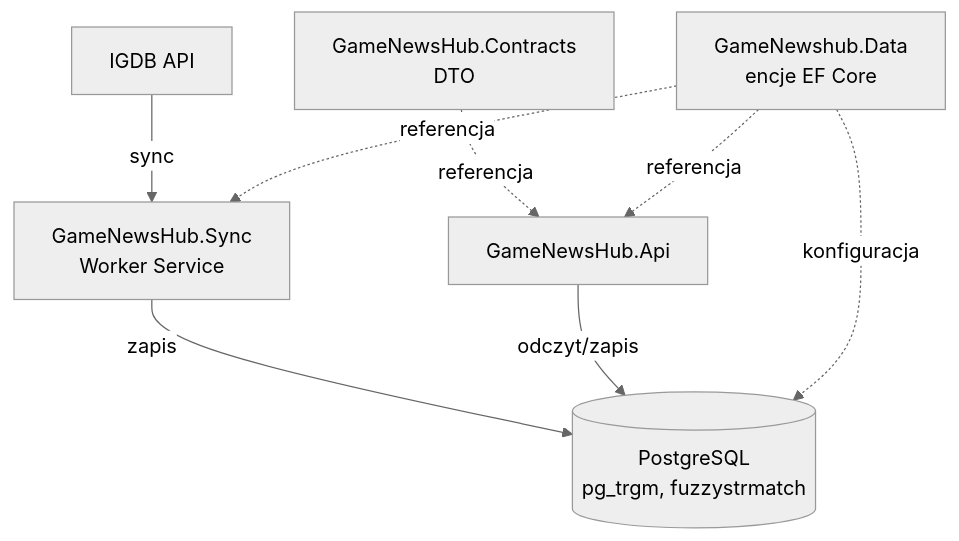
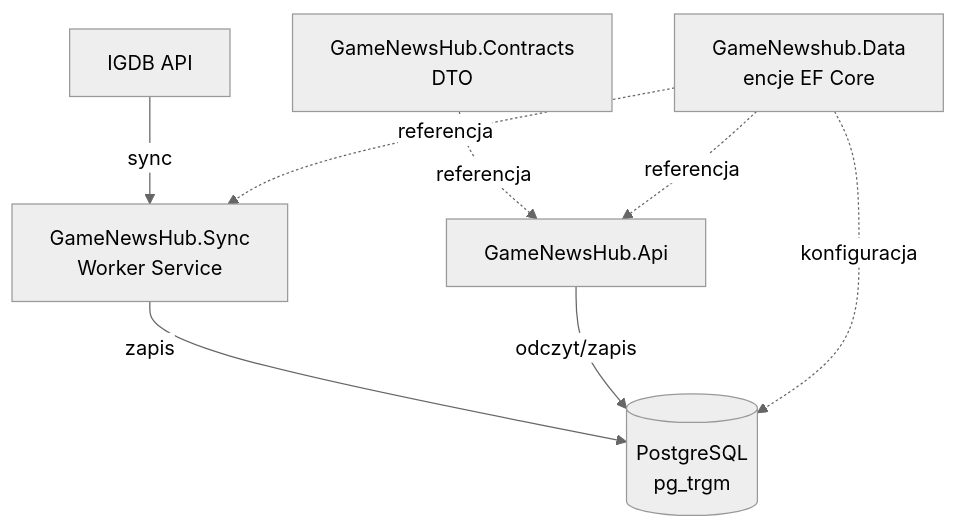
The diagram in docs/Arch/Przegląd systemu.md (MichMarciniak/game-news-hub), drawn with Mermaid (neutral theme) before and after one commit. The commit also changed 8 other files, not shown here.

````diff
--- a/docs/Arch/Przegląd systemu.md
+++ b/docs/Arch/Przegląd systemu.md
@@ -6,11 +6,11 @@
 ```mermaid
 graph TD
 	IGDB[IGDB API] --> |sync| Sync[GameNewsHub.Sync<br/>Worker Service]
-	Sync --> |zapis| DB[(PostgreSQL<br/>pg_trgm, fuzzystrmatch)]	
+	Sync --> |zapis| DB[(PostgreSQL<br/>pg_trgm)]	
 	Api[GameNewsHub.Api] --> |odczyt/zapis| DB
 	Contracts[GameNewsHub.Contracts<br/>DTO] -.-> |referencja| Api
 	Data[GameNewshub.Data<br/>encje EF Core] -.-> |referencja| Api
 	Data -.-> |konfiguracja| DB
 	Data -.-> |referencja| Sync
 
 ```
````
